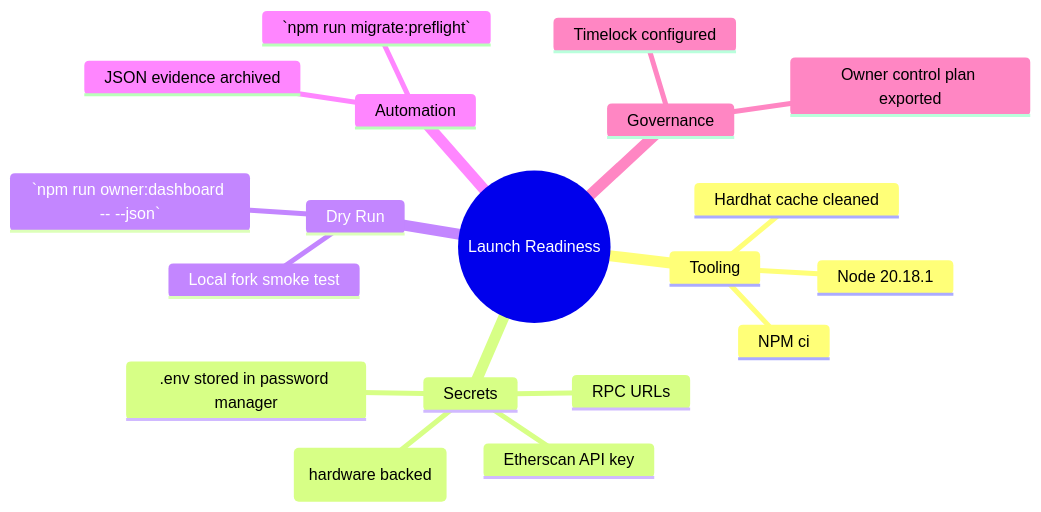
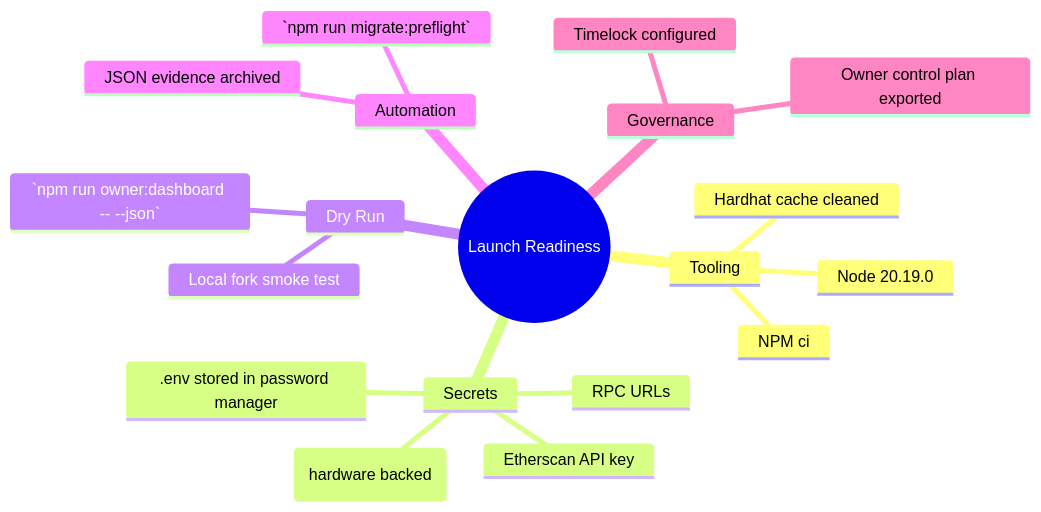
Before and after one commit to MontrealAI/AGIJobsv0: the second of 5 diagrams in docs/truffle-mainnet-playbook.md, drawn with Mermaid. The commit also changed other lines of this file and 20 other files, not shown here.

````diff
--- a/docs/truffle-mainnet-playbook.md
+++ b/docs/truffle-mainnet-playbook.md
@@ -32,22 +32,22 @@
 ```mermaid
 mindmap
   root((Launch Readiness))
     Tooling
-      Node 20.18.1
+      Node 20.19.0
       NPM ci
       Hardhat cache cleaned
     Secrets
       Private key (hardware backed)
       RPC URLs
       Etherscan API key
       .env stored in password manager
     Dry Run
       Local fork smoke test
       `npm run owner:dashboard -- --json`
     Automation
       `npm run migrate:preflight`
       JSON evidence archived
     Governance
       Timelock configured
       Owner control plan exported
 ```
````
